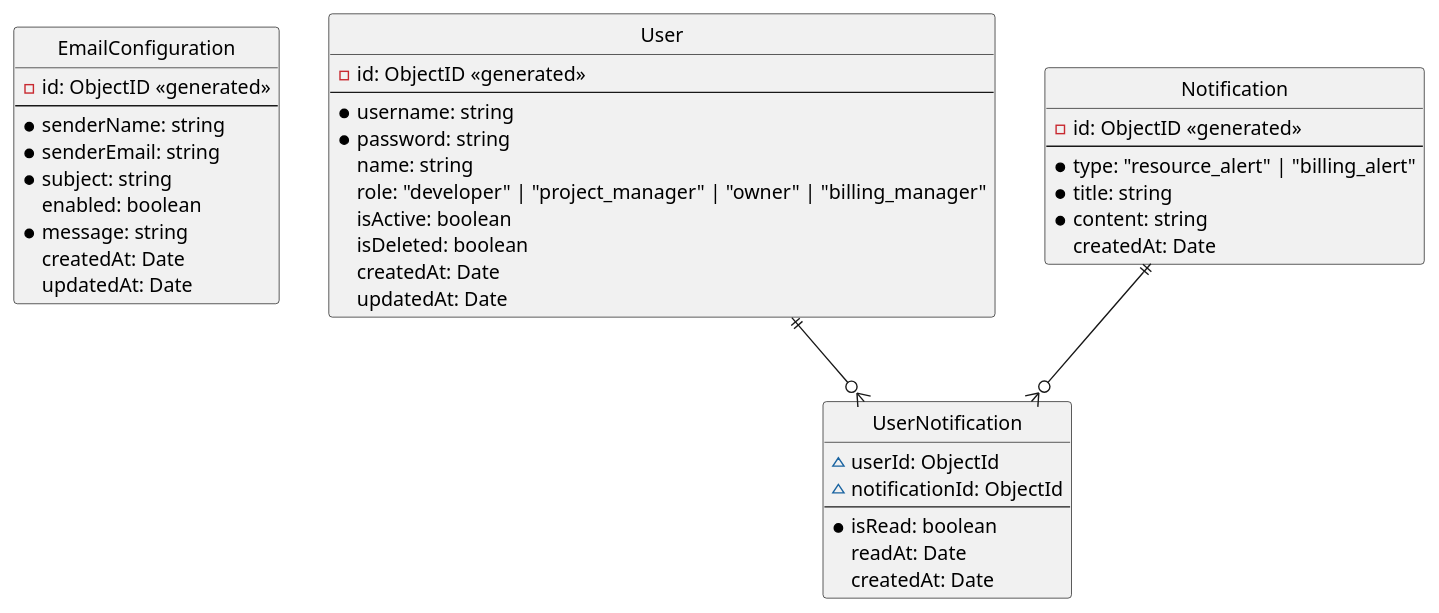
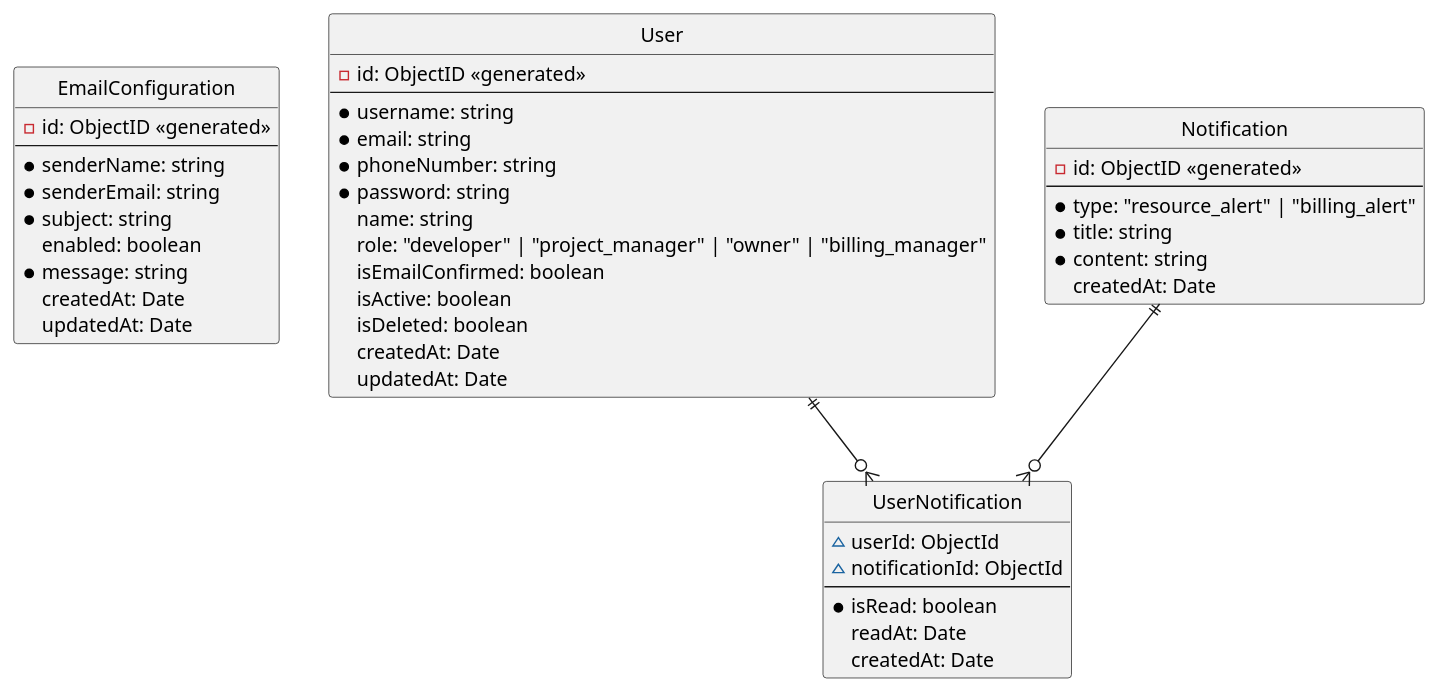
One commit to felixnguyen678/f0-capstone-project-backend changed the diagram in docs/database/ERD.puml. Above: the diagram before and after it, drawn with PlantUML.

Commit message:
FCP-13 | add some information fields to User entity

```diff
--- a/docs/database/ERD.puml
+++ b/docs/database/ERD.puml
@@ -1,52 +1,55 @@
  @startuml Todo
 hide circle
 ' skinparam linetype ortho
 
 
 entity EmailConfiguration {
   -id: ObjectID <<generated>>
   --
   *senderName: string
   *senderEmail: string
   *subject: string
   enabled: boolean
   *message: string
   createdAt: Date
   updatedAt: Date
 }
 
 
 entity User {
   -id: ObjectID <<generated>>
   --
   *username: string
+  *email: string
+  *phoneNumber: string
   *password: string
   name: string
   role: "developer" | "project_manager" | "owner" | "billing_manager"
+  isEmailConfirmed: boolean
   isActive: boolean
   isDeleted: boolean
   createdAt: Date
   updatedAt: Date
 }
 
 entity Notification {
   -id: ObjectID <<generated>>
   --
   *type: "resource_alert" | "billing_alert"
   *title: string
   *content: string
   createdAt: Date
 }
 
 entity UserNotification {
   ~userId: ObjectId
   ~notificationId: ObjectId
   --
   *isRead: boolean
   readAt: Date
   createdAt: Date
 }
 
 User ||--o{ UserNotification
 Notification ||--o{ UserNotification
 @enduml
```
